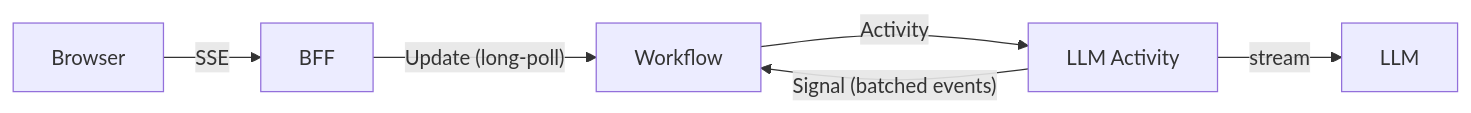
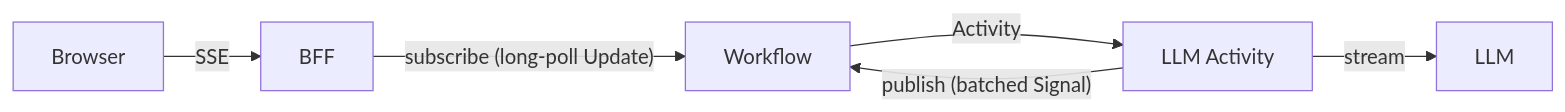
One commit to jssmith/temporal-streaming-agents-samples changed the second of 5 diagrams in README.md. Above: the diagram before and after it, drawn with Mermaid. The commit also changed other lines of this file and 2 other files, not shown here.

````diff
--- a/README.md
+++ b/README.md
@@ -62,8 +62,8 @@
 ```mermaid
 flowchart LR
     B[Browser] -->|SSE| BFF[BFF]
-    BFF -->|"Update (long-poll)"| W[Workflow]
+    BFF -->|"subscribe (long-poll Update)"| W[Workflow]
     W -->|Activity| Y[LLM Activity]
-    Y -->|"Signal (batched events)"| W
+    Y -->|"publish (batched Signal)"| W
     Y -->|stream| LLM[LLM]
 ```
````
